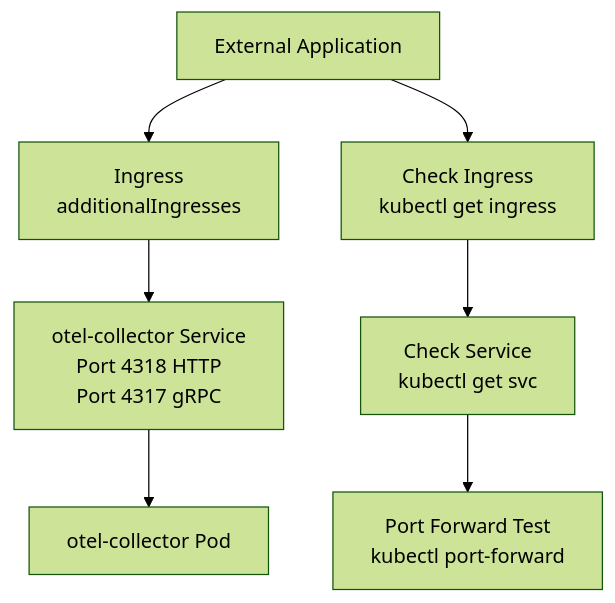
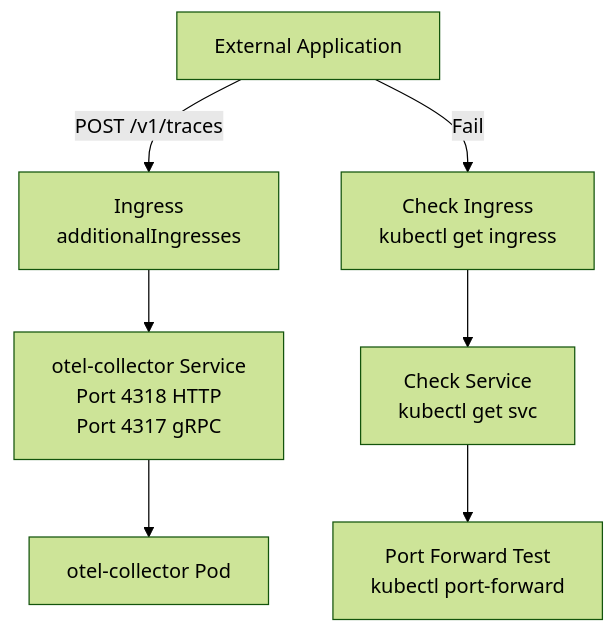
The fourth of 7 diagrams in docs/hyperdxio-helm-charts-docs/Troubleshooting.md (openchoreo/openchoreo), drawn with Mermaid (forest theme) before and after one commit. The commit also changed other lines of this file and 85 other files, not shown here.

Commit message:
feat: Add new workflow and specification templates, update Helm chart dependencies, and clarify documentation diagrams.

````diff
--- a/docs/hyperdxio-helm-charts-docs/Troubleshooting.md
+++ b/docs/hyperdxio-helm-charts-docs/Troubleshooting.md
@@ -356,18 +356,18 @@
 ```mermaid
 flowchart TD
 
 ExtApp["External Application"]
 Ingress["Ingress<br>additionalIngresses"]
 OTELSvc["otel-collector Service<br>Port 4318 HTTP<br>Port 4317 gRPC"]
 OTELPod["otel-collector Pod"]
 CheckIngress["Check Ingress<br>kubectl get ingress"]
 CheckSvc["Check Service<br>kubectl get svc"]
 PortForward["Port Forward Test<br>kubectl port-forward"]
 
-ExtApp --> Ingress
+ExtApp -->|"POST /v1/traces"| Ingress
 Ingress --> OTELSvc
 OTELSvc --> OTELPod
-ExtApp --> CheckIngress
+ExtApp -->|"Fail"| CheckIngress
 CheckIngress --> CheckSvc
 CheckSvc --> PortForward
 ```
````
